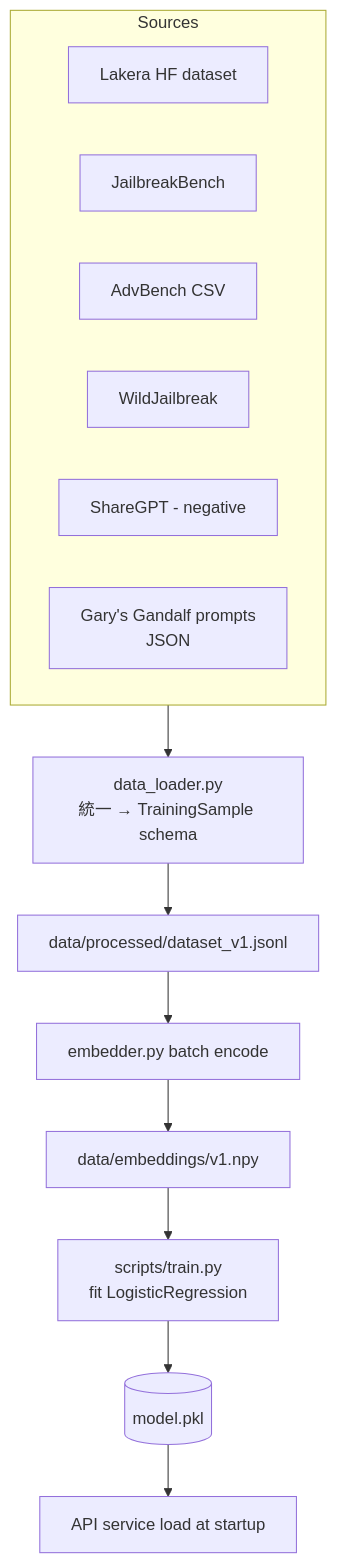
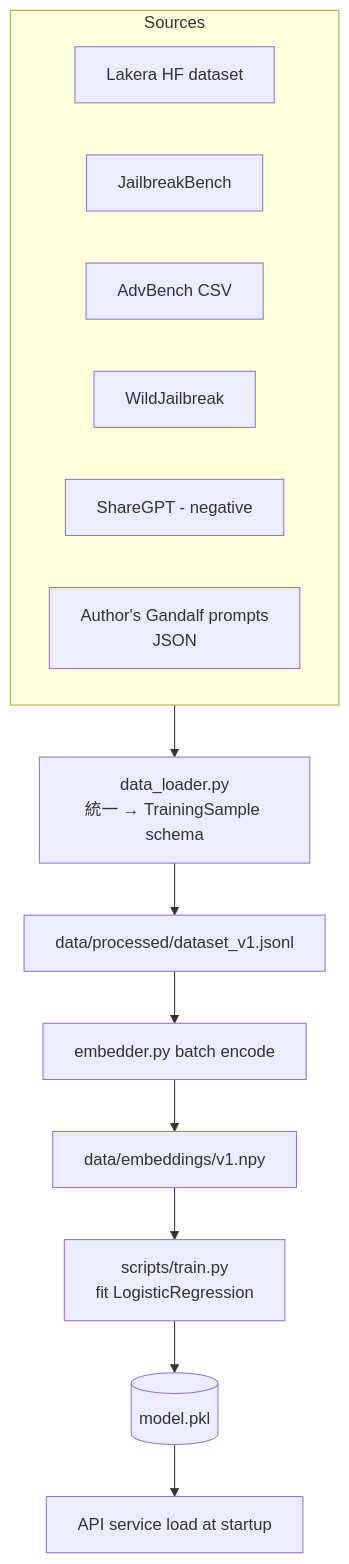
Before and after one commit to GGaryyy/prompt-injection-detector: the second of 4 diagrams in docs/flow/system_flow.md, drawn with Mermaid. The commit also changed 11 other files, not shown here.

````diff
--- a/docs/flow/system_flow.md
+++ b/docs/flow/system_flow.md
@@ -34,19 +34,19 @@
 ```mermaid
 flowchart TB
     subgraph Sources
         Lakera[Lakera HF dataset]
         JBB[JailbreakBench]
         AdvBench[AdvBench CSV]
         Wild[WildJailbreak]
         Share[ShareGPT - negative]
-        Gandalf[Gary's Gandalf prompts<br/>JSON]
+        Gandalf[Author's Gandalf prompts<br/>JSON]
     end
 
     Sources --> Loader[data_loader.py<br/>統一 → TrainingSample schema]
     Loader --> JSONL[data/processed/dataset_v1.jsonl]
     JSONL --> EmbedBatch[embedder.py batch encode]
     EmbedBatch --> Cache[data/embeddings/v1.npy]
     Cache --> Train[scripts/train.py<br/>fit LogisticRegression]
     Train --> Model[(model.pkl)]
     Model --> Service[API service load at startup]
 ```
````
